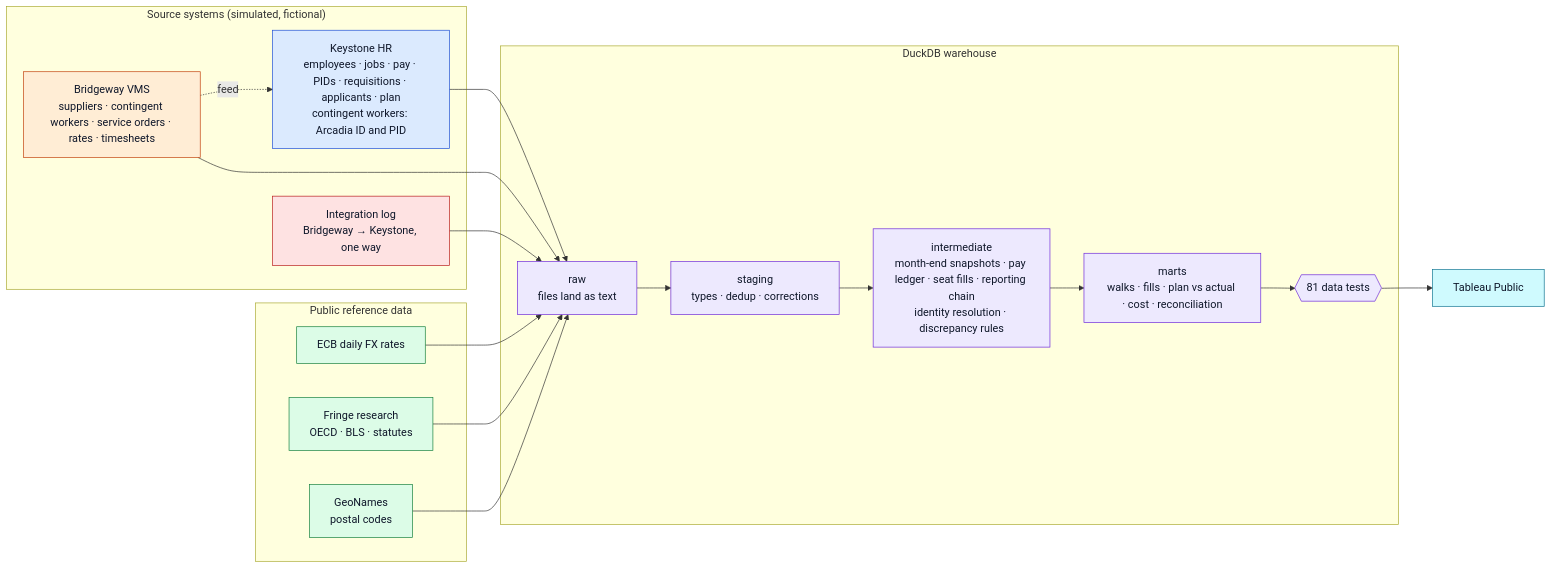
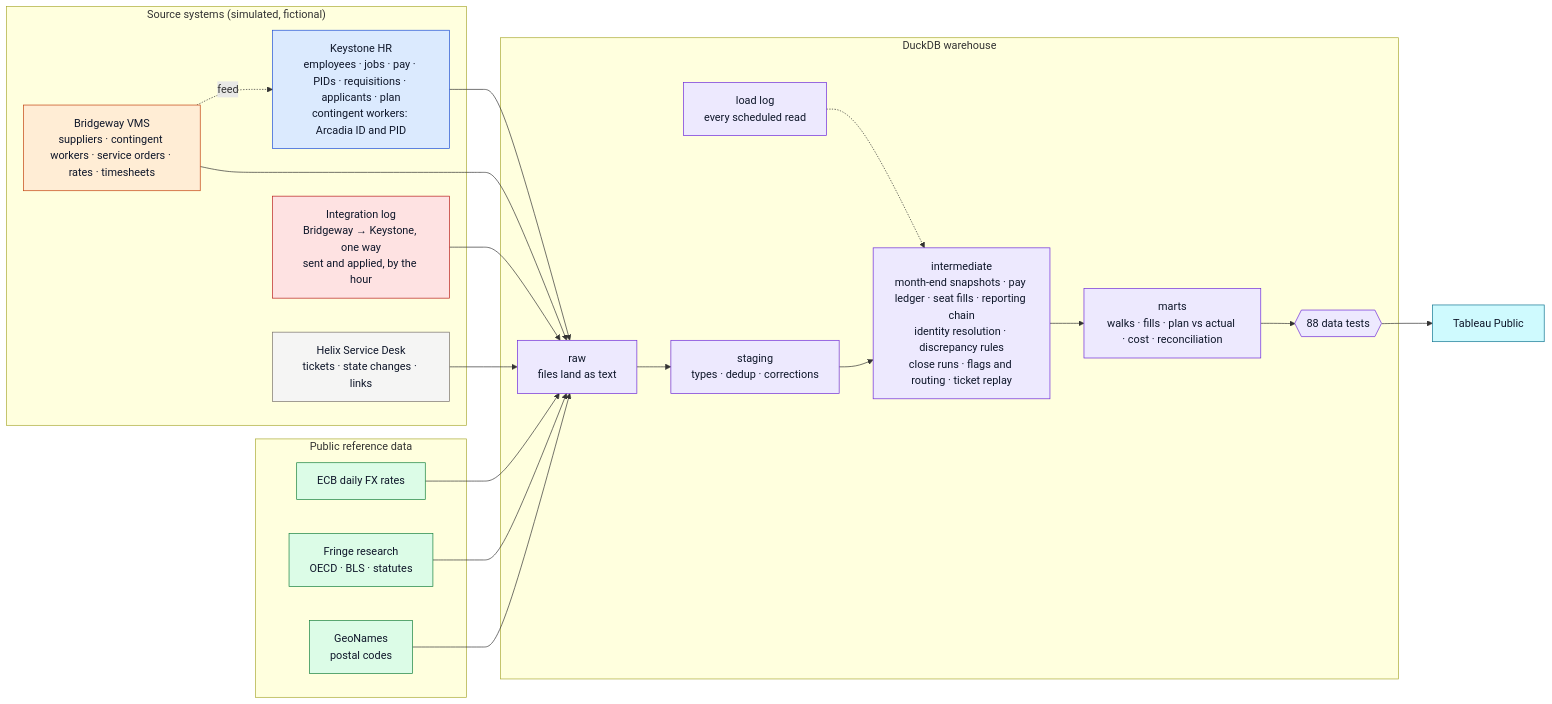
The third of 6 diagrams in README.md (thialp/people-analytics-warehouse), drawn with Mermaid before and after one commit. The commit also changed other lines of this file and 88 other files, not shown here.

````diff
--- a/README.md
+++ b/README.md
@@ -152,42 +157,48 @@
 ```mermaid
 flowchart LR
     subgraph Sources["Source systems (simulated, fictional)"]
         HR["Keystone HR<br/>employees · jobs · pay · PIDs · requisitions · applicants · plan<br/>contingent workers: Arcadia ID and PID"]
         VMS["Bridgeway VMS<br/>suppliers · contingent workers · service orders · rates · timesheets"]
-        FEED["Integration log<br/>Bridgeway → Keystone, one way"]
+        FEED["Integration log<br/>Bridgeway → Keystone, one way<br/>sent and applied, by the hour"]
+        HLX["Helix Service Desk<br/>tickets · state changes · links"]
     end
     subgraph Public["Public reference data"]
         ECB["ECB daily FX rates"]
         FRG["Fringe research<br/>OECD · BLS · statutes"]
         GEO["GeoNames<br/>postal codes"]
     end
     subgraph WH["DuckDB warehouse"]
         RAW["raw<br/>files land as text"]
         STG["staging<br/>types · dedup · corrections"]
-        INT["intermediate<br/>month-end snapshots · pay ledger · seat fills · reporting chain<br/>identity resolution · discrepancy rules"]
+        INT["intermediate<br/>month-end snapshots · pay ledger · seat fills · reporting chain<br/>identity resolution · discrepancy rules<br/>close runs · flags and routing · ticket replay"]
+        LOG["load log<br/>every scheduled read"]
         MART["marts<br/>walks · fills · plan vs actual · cost · reconciliation"]
-        TEST{{"81 data tests"}}
+        TEST{{"88 data tests"}}
     end
     TAB["Tableau Public"]
     VMS -. feed .-> HR
     HR --> RAW
     VMS --> RAW
     FEED --> RAW
+    HLX --> RAW
+    LOG -.-> INT
     ECB --> RAW
     FRG --> RAW
     GEO --> RAW
     RAW --> STG --> INT --> MART --> TEST --> TAB
 
     classDef hr fill:#dbeafe,stroke:#1d4ed8,color:#0f172a
     classDef vms fill:#ffedd5,stroke:#c2410c,color:#0f172a
     classDef feed fill:#fee2e2,stroke:#b91c1c,color:#0f172a
     classDef pub fill:#dcfce7,stroke:#15803d,color:#0f172a
     classDef wh fill:#ede9fe,stroke:#6d28d9,color:#0f172a
     classDef dash fill:#cffafe,stroke:#0e7490,color:#0f172a
+    classDef hlx fill:#f5f5f4,stroke:#78716c,color:#0f172a
     class HR hr
     class VMS vms
     class FEED feed
+    class HLX hlx
     class ECB,FRG,GEO pub
-    class RAW,STG,INT,MART,TEST wh
+    class RAW,STG,INT,MART,TEST,LOG wh
     class TAB dash
 ```
````
